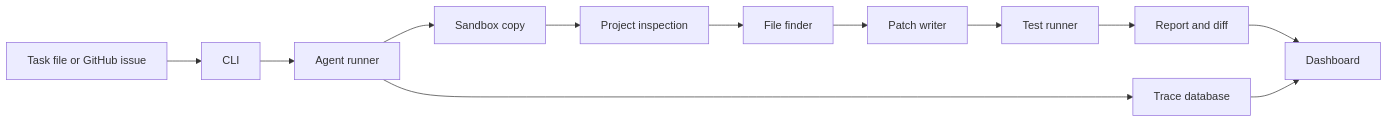
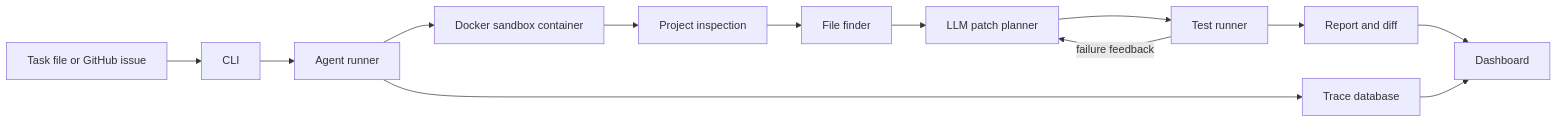
One commit to AaryanKapoor08/software_maintenance_agent changed the diagram in README.md. Above: the diagram before and after it, drawn with Mermaid. The commit also changed other lines of this file and 9 other files, not shown here.

First line of the commit message:
Complete the agent: Docker sandbox isolation and Gemini patch planning

````diff
--- a/README.md
+++ b/README.md
@@ -17,14 +17,15 @@
 ```mermaid
 flowchart LR
     Task[Task file or GitHub issue] --> CLI[CLI]
     CLI --> Agent[Agent runner]
-    Agent --> Sandbox[Sandbox copy]
+    Agent --> Sandbox[Docker sandbox container]
     Sandbox --> Inspect[Project inspection]
     Inspect --> Finder[File finder]
-    Finder --> Patcher[Patch writer]
+    Finder --> Patcher[LLM patch planner]
     Patcher --> Tests[Test runner]
+    Tests -->|failure feedback| Patcher
     Tests --> Report[Report and diff]
     Agent --> Trace[Trace database]
     Report --> Dashboard[Dashboard]
     Trace --> Dashboard
 ```
````
